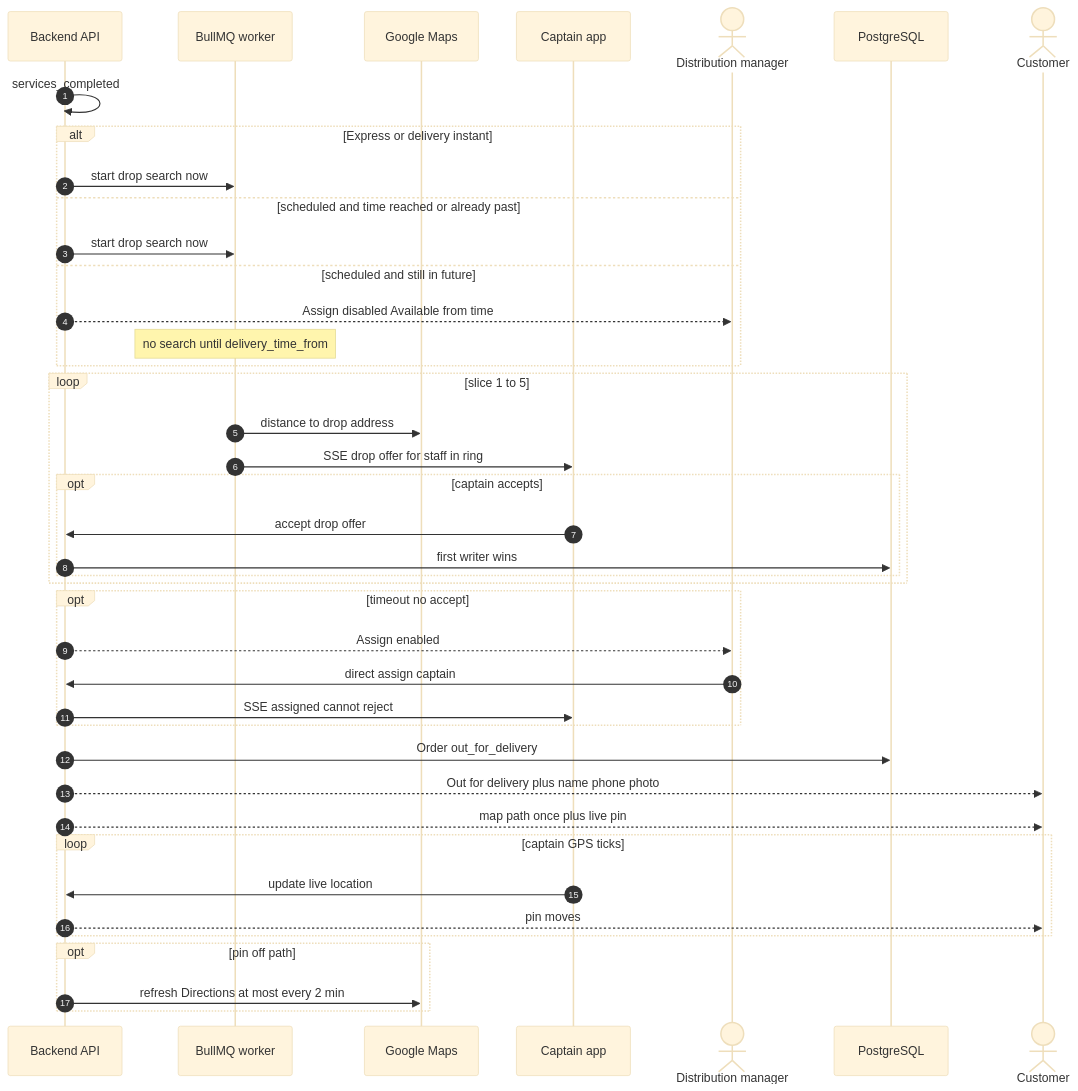
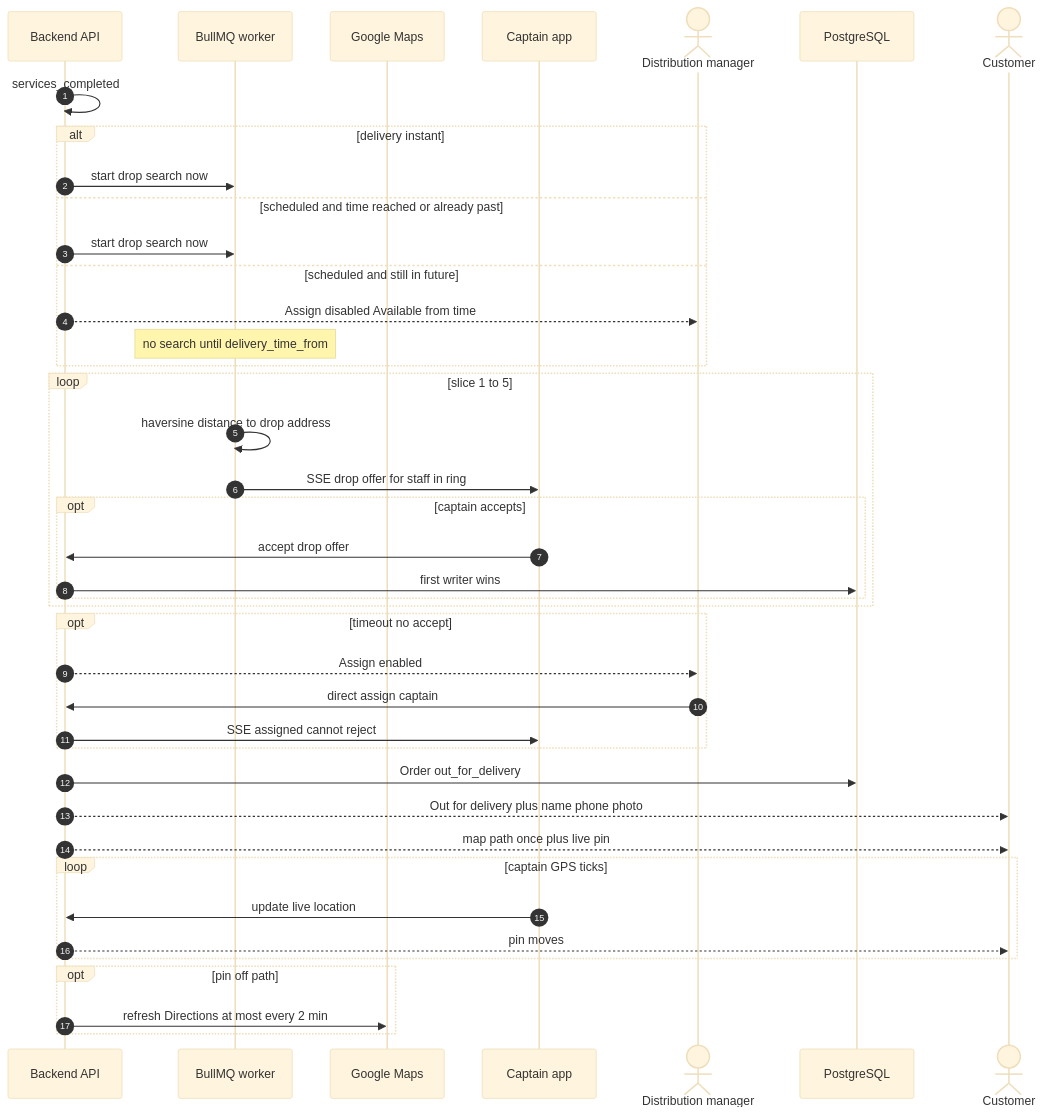
The fifth of 7 diagrams in docs/order-flow-v2/diagrams/03-sequence-diagrams.md (mohitUnico/laundry), drawn with Mermaid (base theme) before and after one commit. The commit also changed other lines of this file and 46 other files, not shown here.

First line of the commit message:
feat(orders): align list and details UX with order-flow v2 cards and bill states

````diff
--- a/docs/order-flow-v2/diagrams/03-sequence-diagrams.md
+++ b/docs/order-flow-v2/diagrams/03-sequence-diagrams.md
@@ -152,44 +152,44 @@
 ```mermaid
 sequenceDiagram
 autonumber
 participant API as Backend API
 participant W as BullMQ worker
 participant GM as Google Maps
 participant KA as Captain app
 actor DM as Distribution manager
 participant DB as PostgreSQL
 actor C as Customer
 API->>API: services_completed
-alt Express or delivery instant
+alt delivery instant
   API->>W: start drop search now
 else scheduled and time reached or already past
   API->>W: start drop search now
 else scheduled and still in future
   API-->>DM: Assign disabled Available from time
   Note over W: no search until delivery_time_from
 end
 loop slice 1 to 5
-  W->>GM: distance to drop address
+  W->>W: haversine distance to drop address
   W->>KA: SSE drop offer for staff in ring
   opt captain accepts
     KA->>API: accept drop offer
     API->>DB: first writer wins
   end
 end
 opt timeout no accept
   API-->>DM: Assign enabled
   DM->>API: direct assign captain
   API->>KA: SSE assigned cannot reject
 end
 API->>DB: Order out_for_delivery
 API-->>C: Out for delivery plus name phone photo
 API-->>C: map path once plus live pin
 loop captain GPS ticks
   KA->>API: update live location
   API-->>C: pin moves
 end
 opt pin off path
   API->>GM: refresh Directions at most every 2 min
 end
 
 ```
````
